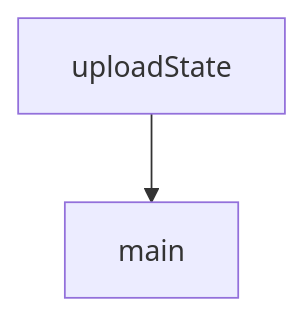
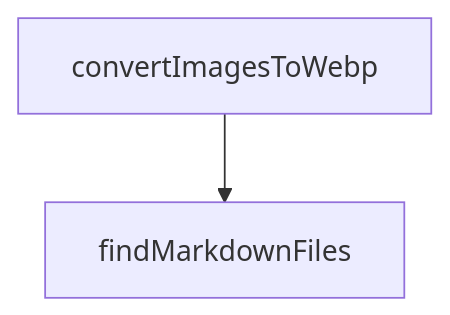
The diagram in tutorials/refly-tutorial/05-refly-cli-and-claude-code-skill-export.md (johnxie/awesome-code-docs), drawn with Mermaid before and after one commit. The commit also changed other lines of this file and 1232 other files, not shown here.

````diff
--- a/tutorials/refly-tutorial/05-refly-cli-and-claude-code-skill-export.md
+++ b/tutorials/refly-tutorial/05-refly-cli-and-claude-code-skill-export.md
@@ -115,6 +140,6 @@
 ```mermaid
 flowchart TD
-    A[uploadState]
-    B[main]
+    A[convertImagesToWebp]
+    B[findMarkdownFiles]
     A --> B
 ```
````
